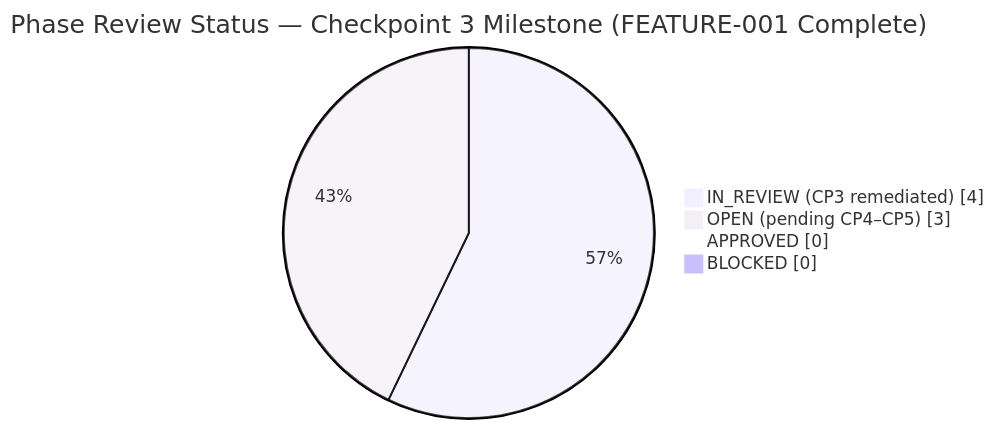
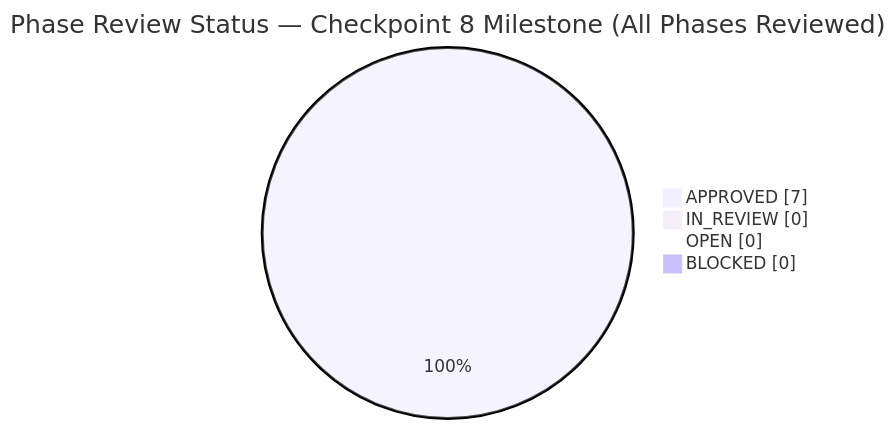
The third of 4 diagrams in CODE_REVIEW.md (Blitzy-Sandbox/blitzy-odoo), drawn with Mermaid before and after one commit. The commit also changed other lines of this file and 1 other file, not shown here.

First line of the commit message:
docs(review): CP8 remediations — close Segmented PR Review APPROVED [QA #1–#9]

````diff
--- a/CODE_REVIEW.md
+++ b/CODE_REVIEW.md
@@ -653,8 +727,8 @@
 ```mermaid
 %%{init: {'theme':'base','themeVariables':{'primaryColor':'#F2F0FE','primaryTextColor':'#333333','primaryBorderColor':'#5B39F3','lineColor':'#999999','secondaryColor':'#F4EFF6'}}}%%
-pie showData title Phase Review Status — Checkpoint 3 Milestone (FEATURE-001 Complete)
-    "IN_REVIEW (CP3 remediated)" : 4
-    "OPEN (pending CP4–CP5)" : 3
-    "APPROVED" : 0
+pie showData title Phase Review Status — Checkpoint 8 Milestone (All Phases Reviewed)
+    "APPROVED" : 7
+    "IN_REVIEW" : 0
+    "OPEN" : 0
     "BLOCKED" : 0
 ```
````
